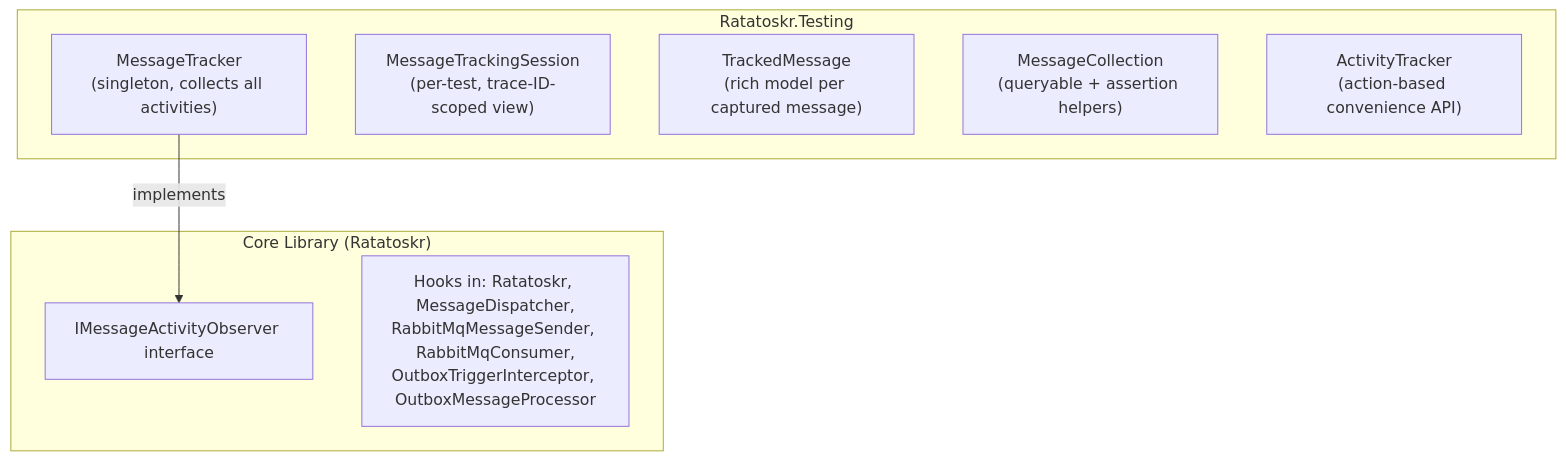
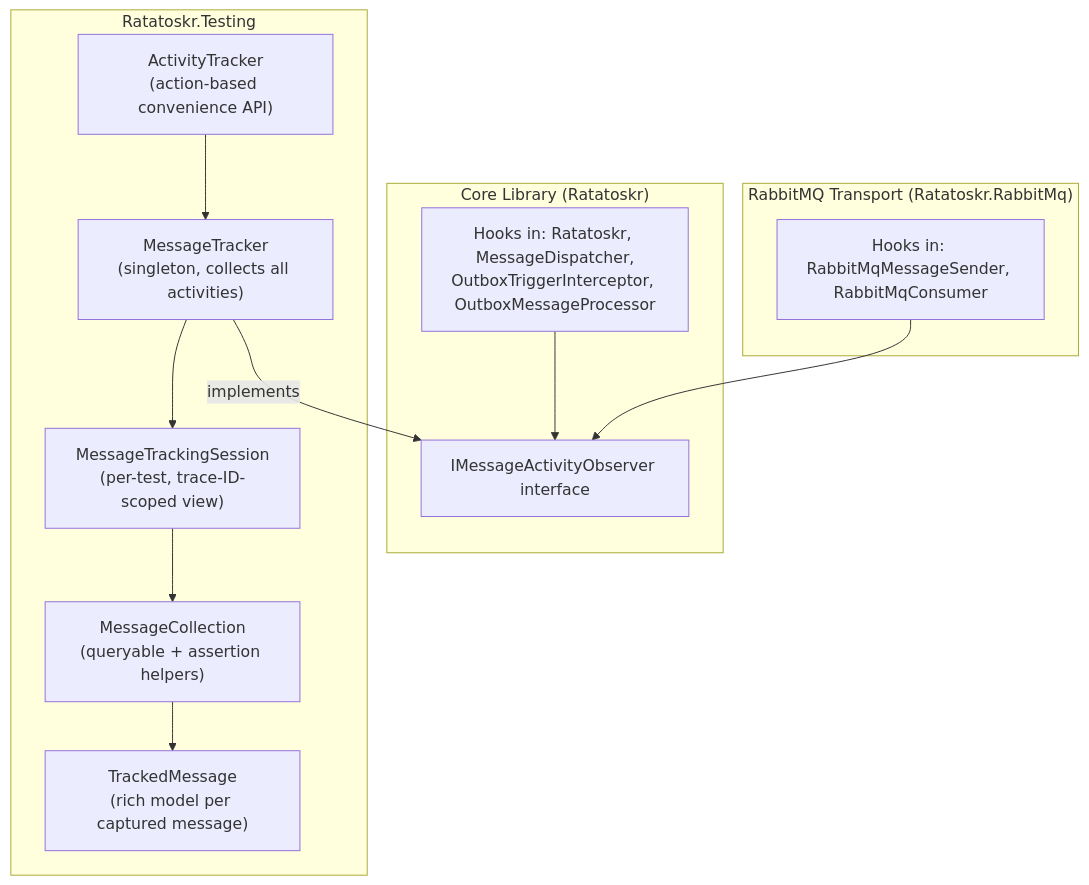
Before and after one commit to saithis/Ratatoskr: the diagram in docs/testing.md, drawn with Mermaid. The commit also changed 6 other files, not shown here.

````diff
--- a/docs/testing.md
+++ b/docs/testing.md
@@ -301,17 +301,27 @@
 ```mermaid
 graph TD
     subgraph core["Core Library (Ratatoskr)"]
         observer["IMessageActivityObserver interface"]
-        hooks["Hooks in: Ratatoskr, MessageDispatcher,<br/>RabbitMqMessageSender, RabbitMqConsumer,<br/>OutboxTriggerInterceptor, OutboxMessageProcessor"]
+        hooks["Hooks in: Ratatoskr, MessageDispatcher,<br/>OutboxTriggerInterceptor, OutboxMessageProcessor"]
+    end
+
+    subgraph rmq["RabbitMQ Transport (Ratatoskr.RabbitMq)"]
+        rmqhooks["Hooks in: RabbitMqMessageSender, RabbitMqConsumer"]
     end
 
     subgraph testing["Ratatoskr.Testing"]
         tracker["MessageTracker<br/>(singleton, collects all activities)"]
         session["MessageTrackingSession<br/>(per-test, trace-ID-scoped view)"]
+        collection["MessageCollection<br/>(queryable + assertion helpers)"]
         tracked["TrackedMessage<br/>(rich model per captured message)"]
-        collection["MessageCollection<br/>(queryable + assertion helpers)"]
         activity["ActivityTracker<br/>(action-based convenience API)"]
     end
 
+    hooks --> observer
+    rmqhooks --> observer
     tracker -->|implements| observer
+    activity --> tracker
+    tracker --> session
+    session --> collection
+    collection --> tracked
 ```
````
